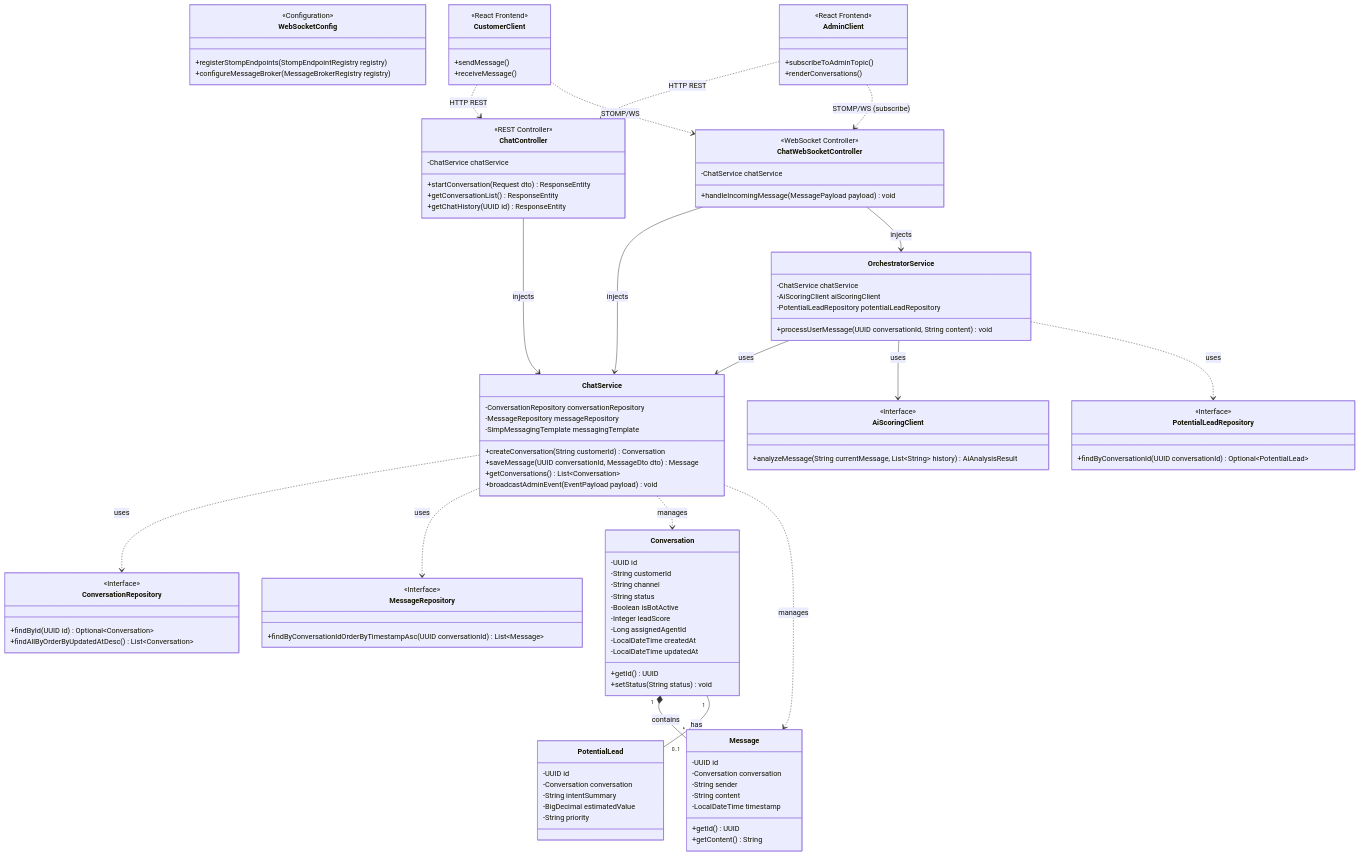
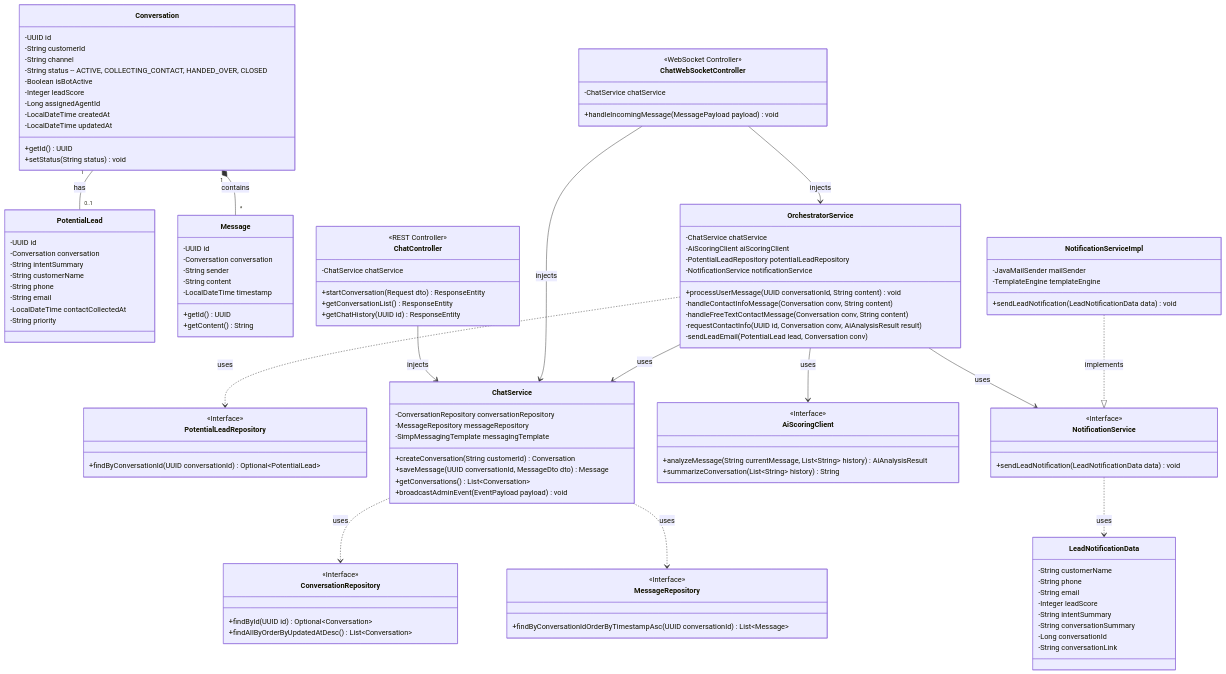
One commit to quangnguyenviet/SMARTAGENT-HYBRID-SUPPORT changed the diagram in docs/features/chat/classDiagram.md. Above: the diagram before and after it, drawn with Mermaid. The commit also changed 7 other files, not shown here.

Commit message:
docs: update feature documentation to reflect new lead capture and notification system

````diff
--- a/docs/features/chat/classDiagram.md
+++ b/docs/features/chat/classDiagram.md
@@ -11,7 +11,7 @@
         -UUID id
         -String customerId
         -String channel
-        -String status
+        -String status -- ACTIVE, COLLECTING_CONTACT, HANDED_OVER, CLOSED
         -Boolean isBotActive
         -Integer leadScore
         -Long assignedAgentId
@@ -25,7 +25,10 @@
         -UUID id
         -Conversation conversation
         -String intentSummary
-        -BigDecimal estimatedValue
+        -String customerName
+        -String phone
+        -String email
+        -LocalDateTime contactCollectedAt
         -String priority
     }
 
@@ -71,12 +74,40 @@
         -ChatService chatService
         -AiScoringClient aiScoringClient
         -PotentialLeadRepository potentialLeadRepository
+        -NotificationService notificationService
         +processUserMessage(UUID conversationId, String content) void
+        -handleContactInfoMessage(Conversation conv, String content)
+        -handleFreeTextContactMessage(Conversation conv, String content)
+        -requestContactInfo(UUID id, Conversation conv, AiAnalysisResult result)
+        -sendLeadEmail(PotentialLead lead, Conversation conv)
     }
 
     class AiScoringClient {
         <<Interface>>
         +analyzeMessage(String currentMessage, List~String~ history) AiAnalysisResult
+        +summarizeConversation(List~String~ history) String
+    }
+
+    class NotificationService {
+        <<Interface>>
+        +sendLeadNotification(LeadNotificationData data) void
+    }
+
+    class NotificationServiceImpl {
+        -JavaMailSender mailSender
+        -TemplateEngine templateEngine
+        +sendLeadNotification(LeadNotificationData data) void
+    }
+
+    class LeadNotificationData {
+        -String customerName
+        -String phone
+        -String email
+        -Integer leadScore
+        -String intentSummary
+        -String conversationSummary
+        -Long conversationId
+        -String conversationLink
     }
 
     %% Định nghĩa Controllers
@@ -94,25 +125,6 @@
         +handleIncomingMessage(MessagePayload payload) void
     }
 
-    class WebSocketConfig {
-        <<Configuration>>
-        +registerStompEndpoints(StompEndpointRegistry registry)
-        +configureMessageBroker(MessageBrokerRegistry registry)
-    }
-
-    %% Định nghĩa Client (Frontend)
-    class AdminClient {
-        <<React Frontend>>
-        +subscribeToAdminTopic()
-        +renderConversations()
-    }
-
-    class CustomerClient {
-        <<React Frontend>>
-        +sendMessage()
-        +receiveMessage()
-    }
-
     %% Thiết lập các mối quan hệ (Relationships)
     Conversation "1" *-- "*" Message : contains
     Conversation "1" -- "0..1" PotentialLead : has
@@ -127,12 +139,8 @@
     OrchestratorService --> ChatService : uses
     OrchestratorService --> AiScoringClient : uses
     OrchestratorService ..> PotentialLeadRepository : uses
+    OrchestratorService --> NotificationService : uses
     
-    ChatService ..> Conversation : manages
-    ChatService ..> Message : manages
-
-    CustomerClient ..> ChatController : HTTP REST
-    CustomerClient ..> ChatWebSocketController : STOMP/WS
-    AdminClient ..> ChatController : HTTP REST
-    AdminClient ..> ChatWebSocketController : STOMP/WS (subscribe)
+    NotificationServiceImpl ..|> NotificationService : implements
+    NotificationService ..> LeadNotificationData : uses
 ```
````
